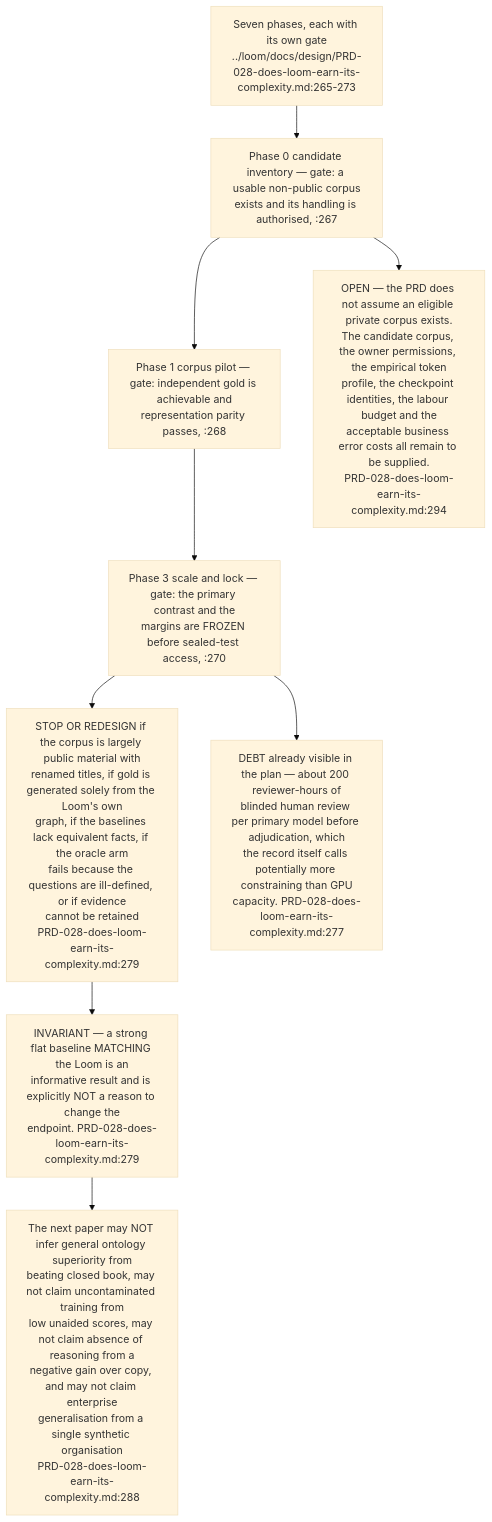
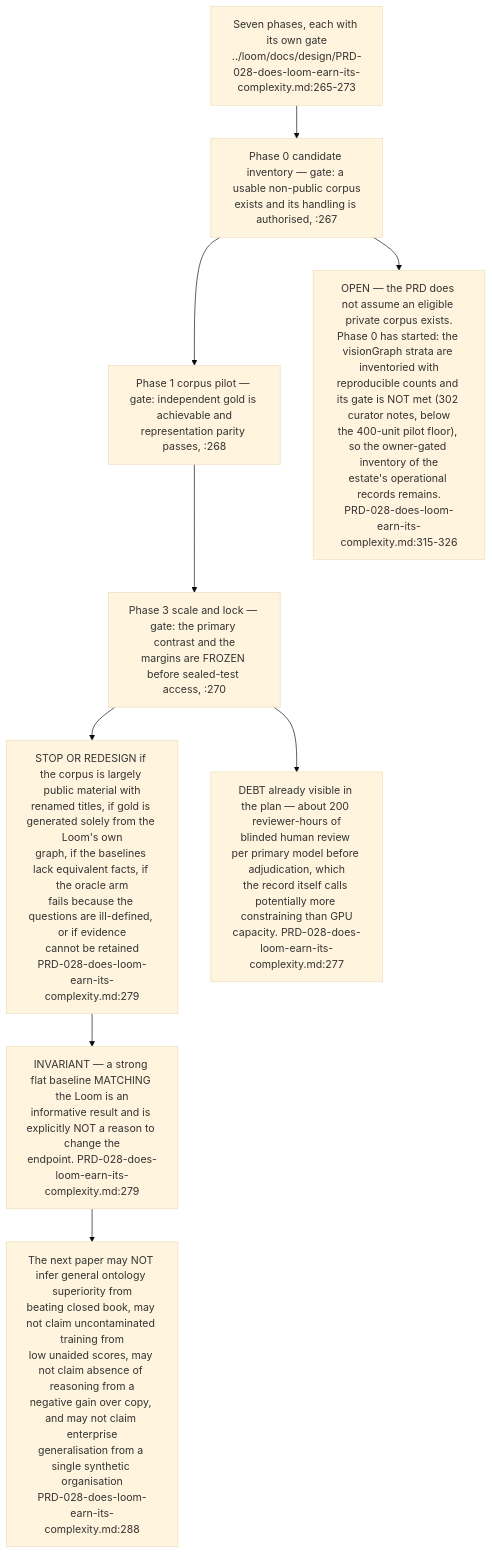
One commit to DreamLab-AI/VisionFlow changed the fifth of 7 diagrams in docs/diagrams/estate/12-loom-evaluation-and-preregistration.md. Above: the diagram before and after it, drawn with Mermaid (base theme). The commit also changed other lines of this file and 111 other files, not shown here.

Commit message:
docs(diagrams): align estate maps with current source

````diff
--- a/docs/diagrams/estate/12-loom-evaluation-and-preregistration.md
+++ b/docs/diagrams/estate/12-loom-evaluation-and-preregistration.md
@@ -171,23 +175,23 @@
 ```mermaid
 flowchart TB
     PHASES["Seven phases, each with its own gate<br/>../loom/docs/design/PRD-028-does-loom-earn-its-complexity.md:265-273"]
     P0["Phase 0 candidate inventory — gate: a usable non-public corpus<br/>exists and its handling is authorised, :267"]
     P1["Phase 1 corpus pilot — gate: independent gold is achievable and<br/>representation parity passes, :268"]
     P3["Phase 3 scale and lock — gate: the primary contrast and the<br/>margins are FROZEN before sealed-test access, :270"]
     PHASES --> P0 --> P1 --> P3
 
     STOP["STOP OR REDESIGN if the corpus is largely public material with<br/>renamed titles, if gold is generated solely from the Loom's own<br/>graph, if the baselines lack equivalent facts, if the oracle arm<br/>fails because the questions are ill-defined, or if evidence<br/>cannot be retained<br/>PRD-028-does-loom-earn-its-complexity.md:279"]
     P3 --> STOP
 
     NOTFAIL["INVARIANT — a strong flat baseline MATCHING the Loom is an<br/>informative result and is explicitly NOT a reason to change the<br/>endpoint. PRD-028-does-loom-earn-its-complexity.md:279"]
     STOP --> NOTFAIL
 
     FORBID["The next paper may NOT infer general ontology superiority from<br/>beating closed book, may not claim uncontaminated training from<br/>low unaided scores, may not claim absence of reasoning from a<br/>negative gain over copy, and may not claim enterprise<br/>generalisation from a single synthetic organisation<br/>PRD-028-does-loom-earn-its-complexity.md:288"]
     NOTFAIL --> FORBID
 
-    OPENIN["OPEN — the PRD does not assume an eligible private corpus exists.<br/>The candidate corpus, the owner permissions, the empirical token<br/>profile, the checkpoint identities, the labour budget and the<br/>acceptable business error costs all remain to be supplied.<br/>PRD-028-does-loom-earn-its-complexity.md:294"]
+    OPENIN["OPEN — the PRD does not assume an eligible private corpus exists.<br/>Phase 0 has started: the visionGraph strata are inventoried with<br/>reproducible counts and its gate is NOT met (302 curator notes, below<br/>the 400-unit pilot floor), so the owner-gated inventory of the<br/>estate's operational records remains.<br/>PRD-028-does-loom-earn-its-complexity.md:315-326"]
     P0 --> OPENIN
 
     COST["DEBT already visible in the plan — about 200 reviewer-hours of<br/>blinded human review per primary model before adjudication, which<br/>the record itself calls potentially more constraining than GPU<br/>capacity. PRD-028-does-loom-earn-its-complexity.md:277"]
     P3 --> COST
 ```
````
